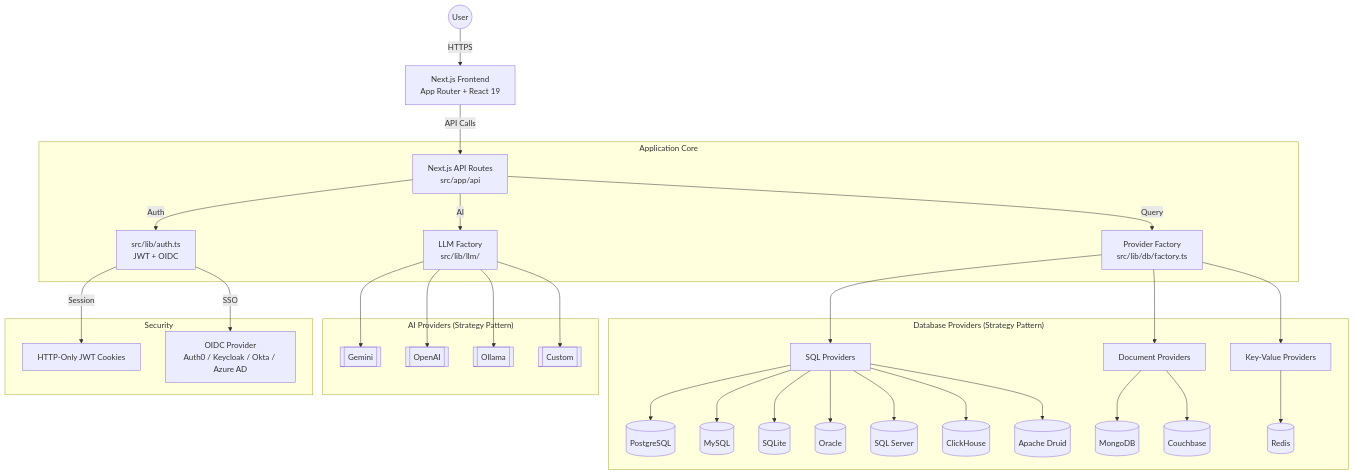
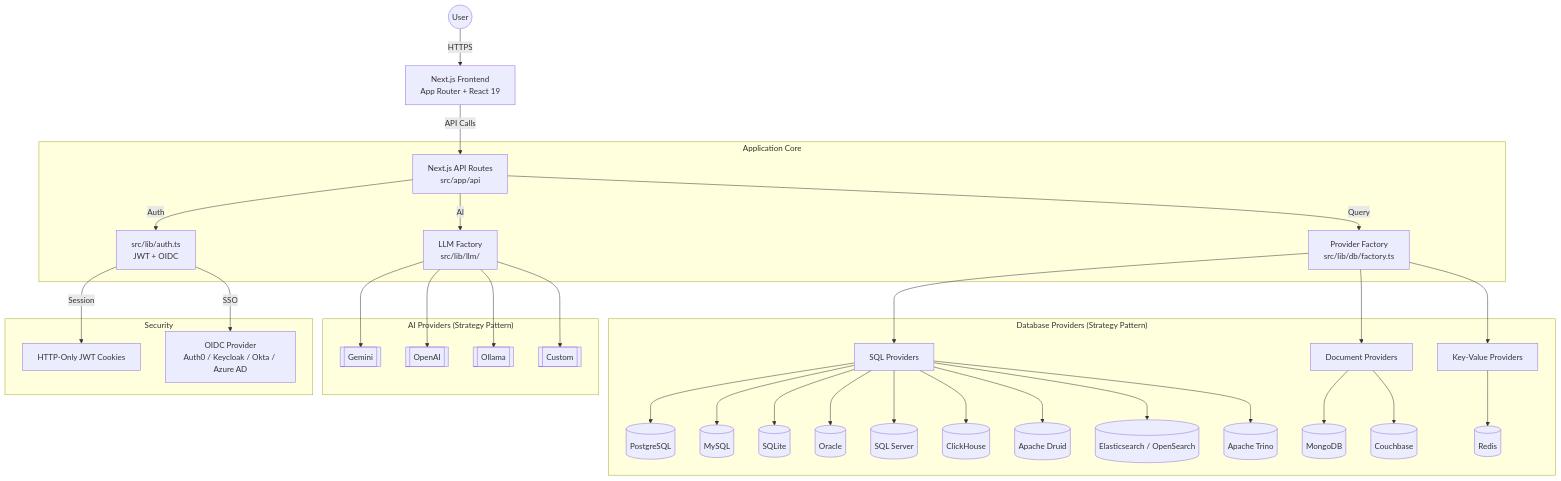
Before and after one commit to CrazyForks/libredb-studio: the first of 3 diagrams in docs/ARCHITECTURE.md, drawn with Mermaid. The commit also changed other lines of this file and 74 other files, not shown here.

````diff
--- a/docs/ARCHITECTURE.md
+++ b/docs/ARCHITECTURE.md
@@ -29,40 +29,42 @@
 ```mermaid
 graph TD
     User((User)) -->|HTTPS| Frontend[Next.js Frontend<br/>App Router + React 19]
     Frontend -->|API Calls| API[Next.js API Routes<br/>src/app/api]
 
     subgraph "Application Core"
         API -->|Auth| AuthLib[src/lib/auth.ts<br/>JWT + OIDC]
         API -->|Query| DBFactory[Provider Factory<br/>src/lib/db/factory.ts]
         API -->|AI| LLMFactory[LLM Factory<br/>src/lib/llm/]
     end
 
     subgraph "Database Providers (Strategy Pattern)"
         DBFactory --> SQL[SQL Providers]
         DBFactory --> Document[Document Providers]
         DBFactory --> KeyValue[Key-Value Providers]
 
         SQL --> PG[(PostgreSQL)]
         SQL --> MySQL[(MySQL)]
         SQL --> SQLite[(SQLite)]
         SQL --> Oracle[(Oracle)]
         SQL --> MSSQL[(SQL Server)]
         SQL --> ClickHouse[(ClickHouse)]
         SQL --> Druid[(Apache Druid)]
+        SQL --> Search[(Elasticsearch / OpenSearch)]
+        SQL --> Trino[(Apache Trino)]
         Document --> MongoDB[(MongoDB)]
         Document --> Couchbase[(Couchbase)]
         KeyValue --> Redis[(Redis)]
     end
 
     subgraph "AI Providers (Strategy Pattern)"
         LLMFactory --> Gemini[[Gemini]]
         LLMFactory --> OpenAI[[OpenAI]]
         LLMFactory --> Ollama[[Ollama]]
         LLMFactory --> CustomLLM[[Custom]]
     end
 
     subgraph "Security"
         AuthLib -->|Session| JWT[HTTP-Only JWT Cookies]
         AuthLib -->|SSO| OIDC[OIDC Provider<br/>Auth0 / Keycloak / Okta / Azure AD]
     end
 ```
````
